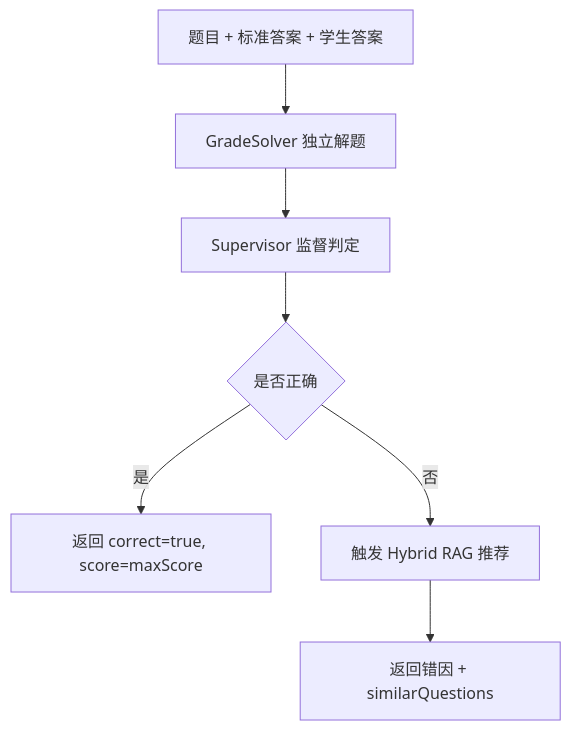
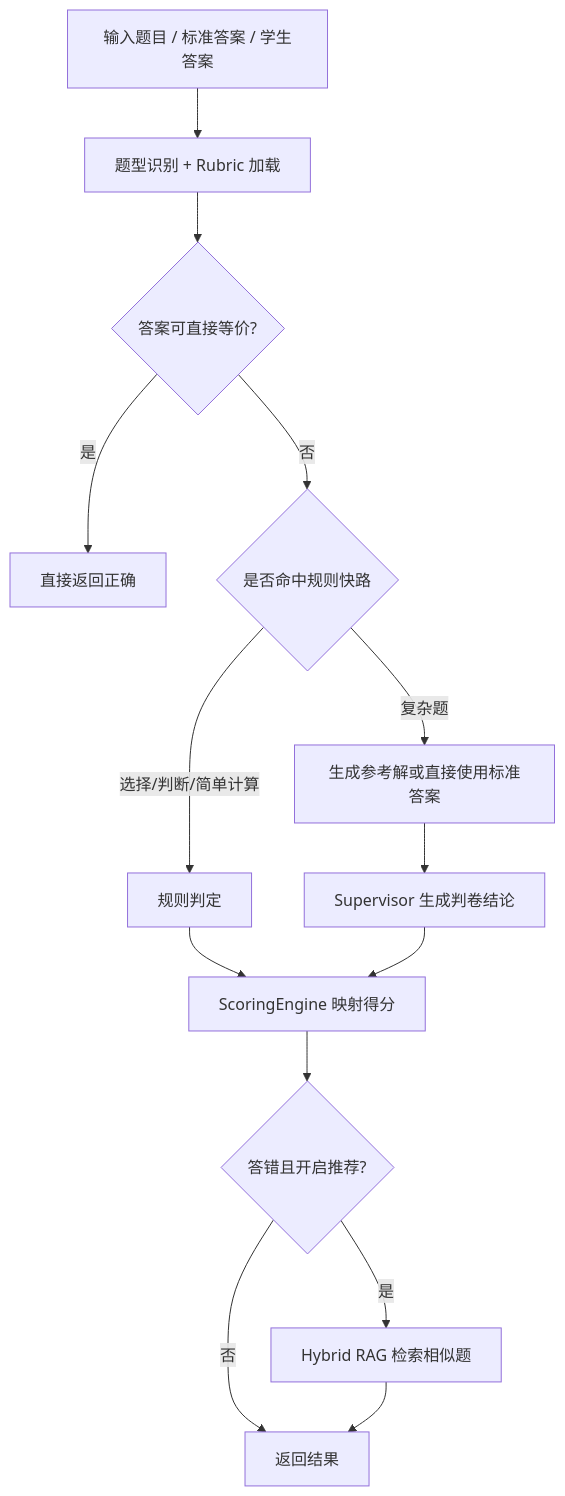
One commit to KivenCyril/MathGrader changed the second of 2 diagrams in README.md. Above: the diagram before and after it, drawn with Mermaid. The commit also changed other lines of this file, not shown here.

````diff
--- a/README.md
+++ b/README.md
@@ -61,9 +61,16 @@
 ```mermaid
 flowchart TD
-    Q[题目 + 标准答案 + 学生答案] --> S[GradeSolver 独立解题]
-    S --> V[Supervisor 监督判定]
-    V --> C{是否正确}
-    C -->|是| O1[返回 correct=true, score=maxScore]
-    C -->|否| R[触发 Hybrid RAG 推荐]
-    R --> O2[返回错因 + similarQuestions]
+    A[输入题目 / 标准答案 / 学生答案] --> B[题型识别 + Rubric 加载]
+    B --> C{答案可直接等价?}
+    C -->|是| D[直接返回正确]
+    C -->|否| E{是否命中规则快路}
+    E -->|选择/判断/简单计算| F[规则判定]
+    E -->|复杂题| G[生成参考解或直接使用标准答案]
+    G --> H[Supervisor 生成判卷结论]
+    F --> I[ScoringEngine 映射得分]
+    H --> I
+    I --> J{答错且开启推荐?}
+    J -->|是| K[Hybrid RAG 检索相似题]
+    J -->|否| L[返回结果]
+    K --> L
 ```
````
